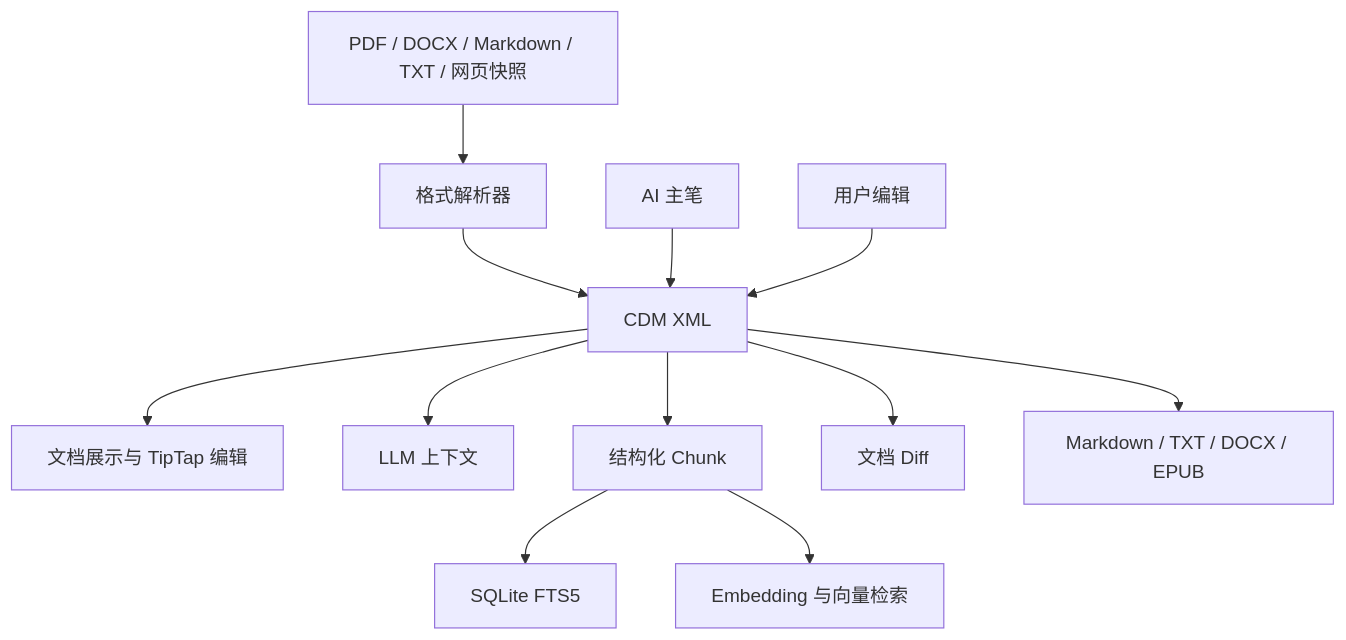
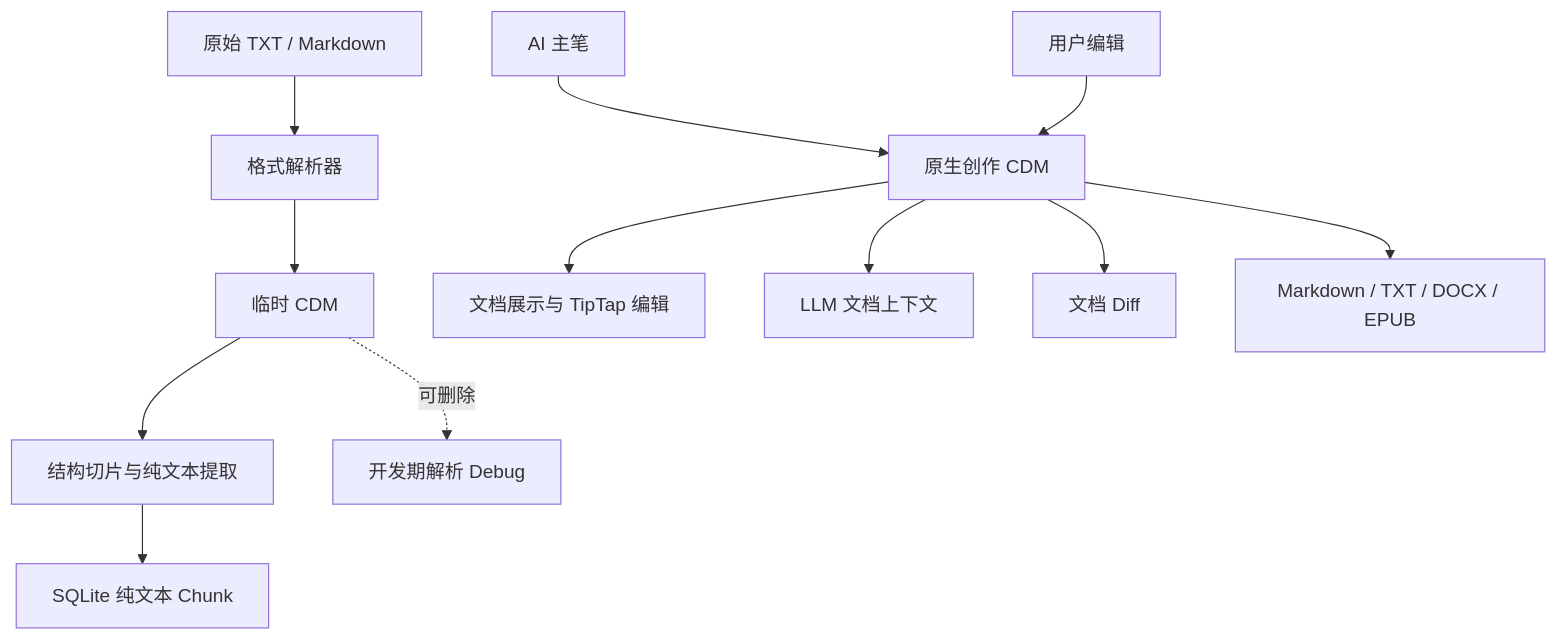
One commit to Mengman/CleoDoc changed the diagram in docs/CDM_DOCUMENT_FORMAT_DESIGN.md. Above: the diagram before and after it, drawn with Mermaid. The commit also changed other lines of this file and 8 other files, not shown here.

````diff
--- a/docs/CDM_DOCUMENT_FORMAT_DESIGN.md
+++ b/docs/CDM_DOCUMENT_FORMAT_DESIGN.md
@@ -316,16 +351,15 @@
 ```mermaid
 flowchart TD
-    SOURCE["PDF / DOCX / Markdown / TXT / 网页快照"] --> PARSER["格式解析器"]
-    PARSER --> CDM["CDM XML"]
-    AI["AI 主笔"] --> CDM
-    USER["用户编辑"] --> CDM
+    SOURCE["原始 TXT / Markdown"] --> PARSER["格式解析器"]
+    PARSER --> TEMP["临时 CDM"]
+    TEMP --> CHUNKER["结构切片与纯文本提取"]
+    CHUNKER --> CHUNK["SQLite 纯文本 Chunk"]
+    TEMP -. 可删除 .-> DEBUG["开发期解析 Debug"]
 
-    CDM --> VIEW["文档展示与 TipTap 编辑"]
-    CDM --> LLM["LLM 上下文"]
-    CDM --> CHUNK["结构化 Chunk"]
-    CDM --> DIFF["文档 Diff"]
-    CDM --> EXPORT["Markdown / TXT / DOCX / EPUB"]
-
-    CHUNK --> FTS["SQLite FTS5"]
-    CHUNK --> VECTOR["Embedding 与向量检索"]
+    AI["AI 主笔"] --> NATIVE["原生创作 CDM"]
+    USER["用户编辑"] --> NATIVE
+    NATIVE --> VIEW["文档展示与 TipTap 编辑"]
+    NATIVE --> LLM["LLM 文档上下文"]
+    NATIVE --> DIFF["文档 Diff"]
+    NATIVE --> EXPORT["Markdown / TXT / DOCX / EPUB"]
 ```
````
